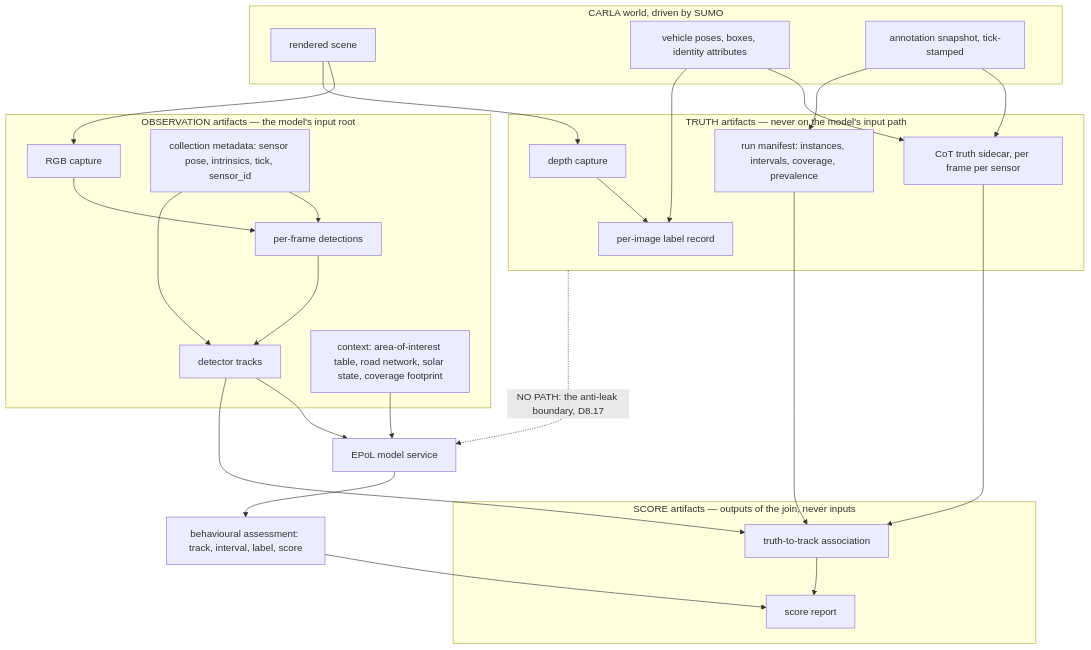
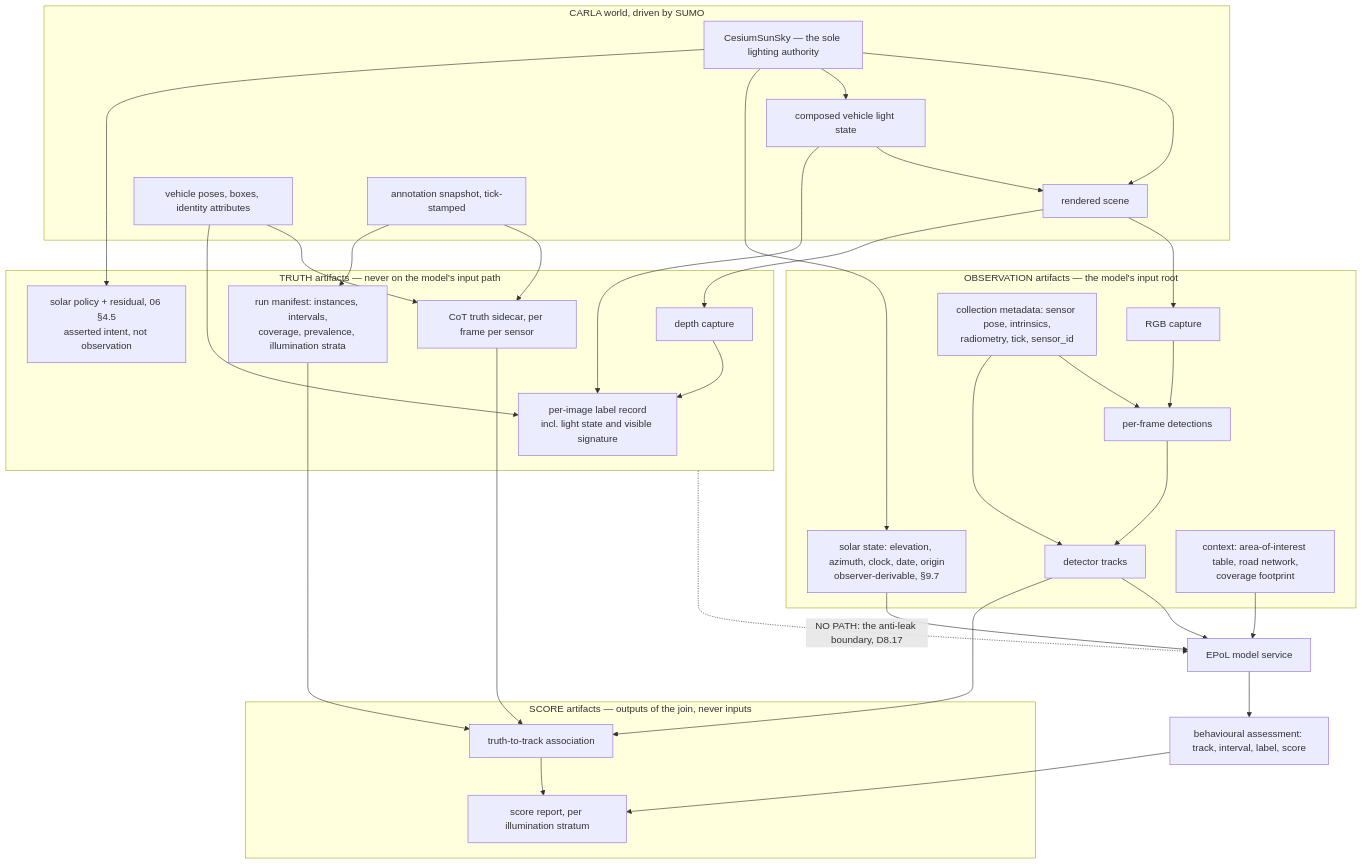
The first of 6 diagrams in Docs/CAT_Research/Plans/SUMO_Behavioral_Capture/08_Collection_And_EPoL.md (sbrett9/carla), drawn with Mermaid before and after one commit. The commit also changed other lines of this file and 15 other files, not shown here.

````diff
--- a/Docs/CAT_Research/Plans/SUMO_Behavioral_Capture/08_Collection_And_EPoL.md
+++ b/Docs/CAT_Research/Plans/SUMO_Behavioral_Capture/08_Collection_And_EPoL.md
@@ -60,53 +106,64 @@
 ```mermaid
 flowchart TB
     subgraph WORLD["CARLA world, driven by SUMO"]
+        SUN["CesiumSunSky — the sole lighting authority"]
+        LAMP["composed vehicle light state"]
         PH["rendered scene"]
         VEH["vehicle poses, boxes, identity attributes"]
         ANN["annotation snapshot, tick-stamped"]
     end
 
     subgraph OBS["OBSERVATION artifacts — the model's input root"]
         RGB["RGB capture"]
-        MET["collection metadata: sensor pose, intrinsics, tick, sensor_id"]
+        MET["collection metadata: sensor pose, intrinsics,<br/>radiometry, tick, sensor_id"]
+        SOL["solar state: elevation, azimuth, clock, date, origin<br/>observer-derivable, §9.7"]
         DET["per-frame detections"]
         TRK["detector tracks"]
-        CTX["context: area-of-interest table, road network, solar state, coverage footprint"]
+        CTX["context: area-of-interest table, road network,<br/>coverage footprint"]
     end
 
     subgraph TRUTHART["TRUTH artifacts — never on the model's input path"]
         DEPTH["depth capture"]
         SIDE["CoT truth sidecar, per frame per sensor"]
-        LBL["per-image label record"]
-        MAN["run manifest: instances, intervals, coverage, prevalence"]
+        LBL["per-image label record<br/>incl. light state and visible signature"]
+        POL["solar policy + residual, 06 §4.5<br/>asserted intent, not observation"]
+        MAN["run manifest: instances, intervals,<br/>coverage, prevalence, illumination strata"]
     end
 
     subgraph SCOREART["SCORE artifacts — outputs of the join, never inputs"]
         ASSOC["truth-to-track association"]
-        RPT["score report"]
+        RPT["score report, per illumination stratum"]
     end
 
     EPOL["EPoL model service"]
     ASSESS["behavioural assessment: track, interval, label, score"]
 
+    SUN --> PH
+    SUN --> LAMP
+    LAMP --> PH
     PH --> RGB
     PH --> DEPTH
+    SUN --> SOL
+    SUN --> POL
     VEH --> SIDE
     VEH --> LBL
+    LAMP --> LBL
     ANN --> SIDE
     ANN --> MAN
     DEPTH --> LBL
     RGB --> DET
     MET --> DET
     DET --> TRK
     MET --> TRK
     TRK --> EPOL
     CTX --> EPOL
+    SOL --> EPOL
     EPOL --> ASSESS
     TRK --> ASSOC
     SIDE --> ASSOC
     MAN --> ASSOC
     ASSOC --> RPT
     ASSESS --> RPT
 
     TRUTHART -.->|"NO PATH: the anti-leak boundary, D8.17"| EPOL
 ```
````
